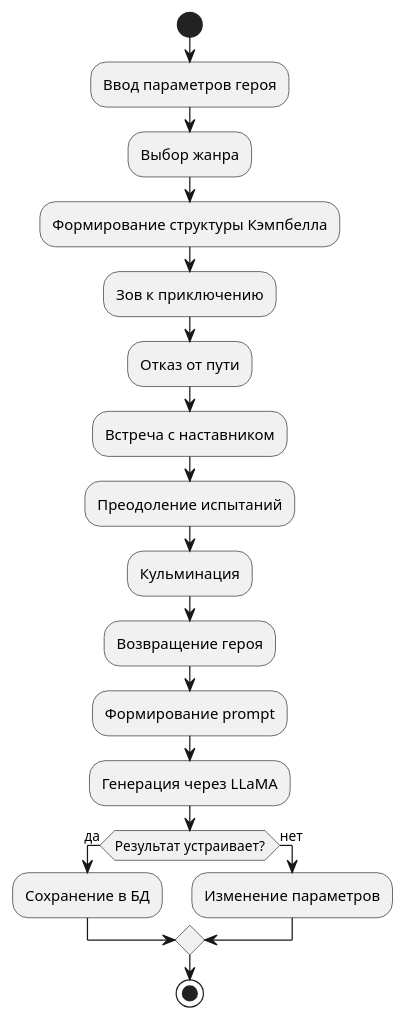
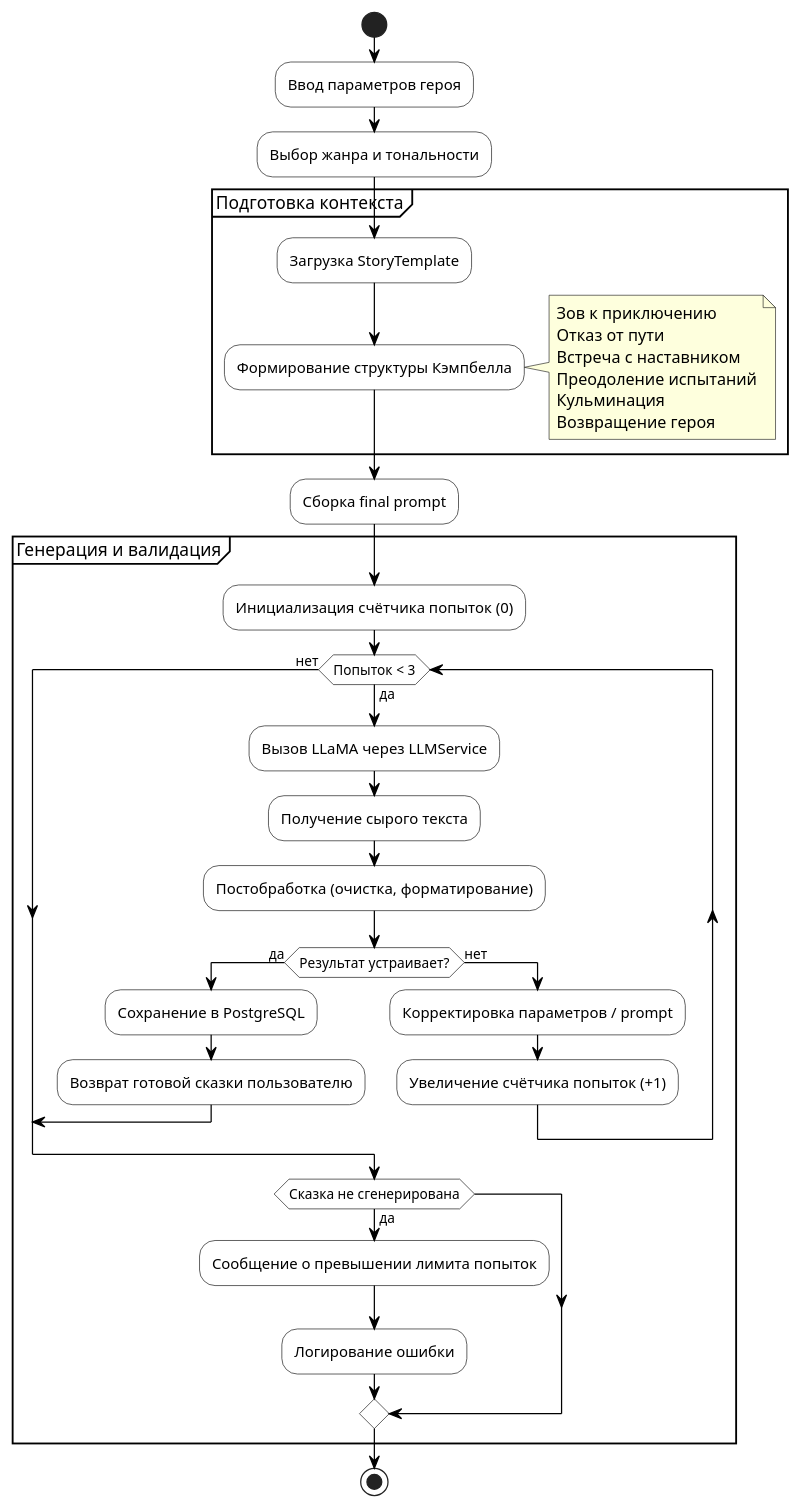
One commit to Kvazistam/herzen changed the diagram in LWS/diagrams/activity_diagram.wsd. Above: the diagram before and after it, drawn with PlantUML. The commit also changed 5 other files, not shown here.

Commit message:
change uml diagrams

```diff
--- a/LWS/diagrams/activity_diagram.wsd
+++ b/LWS/diagrams/activity_diagram.wsd
@@ -1,27 +1,53 @@
 @startuml
+skinparam activity {
+  BackgroundColor White
+  BorderColor Black
+  ArrowColor Black
+}
+
 start
 
 :Ввод параметров героя;
-:Выбор жанра;
+:Выбор жанра и тональности;
 
-:Формирование структуры Кэмпбелла;
+partition "Подготовка контекста" {
+  :Загрузка StoryTemplate;
+  :Формирование структуры Кэмпбелла;
+  note right
+    Зов к приключению
+    Отказ от пути
+    Встреча с наставником
+    Преодоление испытаний
+    Кульминация
+    Возвращение героя
+  end note
+}
 
-:Зов к приключению;
-:Отказ от пути;
-:Встреча с наставником;
-:Преодоление испытаний;
-:Кульминация;
-:Возвращение героя;
+:Сборка final prompt;
 
-:Формирование prompt;
-
-:Генерация через LLaMA;
-
-if (Результат устраивает?) then (да)
-  :Сохранение в БД;
-else (нет)
-  :Изменение параметров;
-endif
+partition "Генерация и валидация" {
+  :Инициализация счётчика попыток (0);
+  
+  while (Попыток < 3) is (да)
+    :Вызов LLaMA через LLMService;
+    :Получение сырого текста;
+    :Постобработка (очистка, форматирование);
+    
+    if (Результат устраивает?) then (да)
+      :Сохранение в PostgreSQL;
+      :Возврат готовой сказки пользователю;
+      break
+    else (нет)
+      :Корректировка параметров / prompt;
+      :Увеличение счётчика попыток (+1);
+    endif
+  endwhile (нет)
+  
+  if (Сказка не сгенерирована) then (да)
+    :Сообщение о превышении лимита попыток;
+    :Логирование ошибки;
+  endif
+}
 
 stop
 @enduml
```
